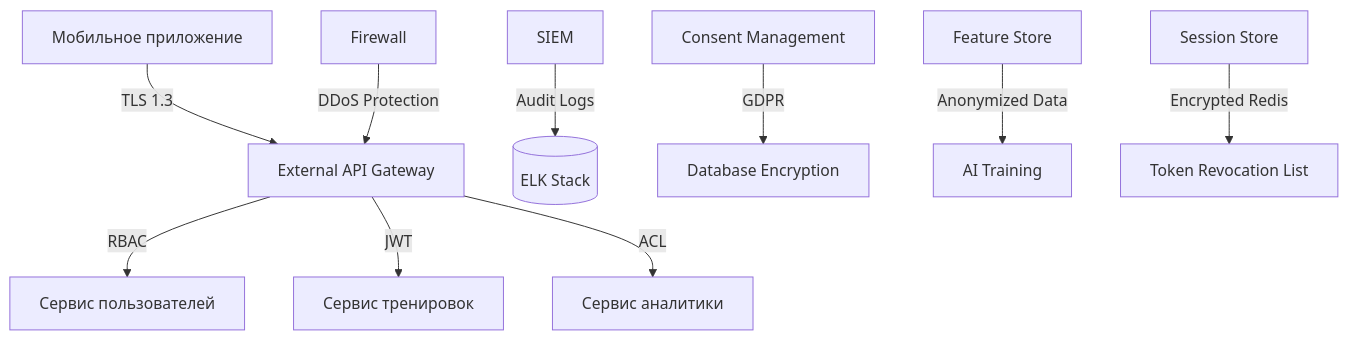
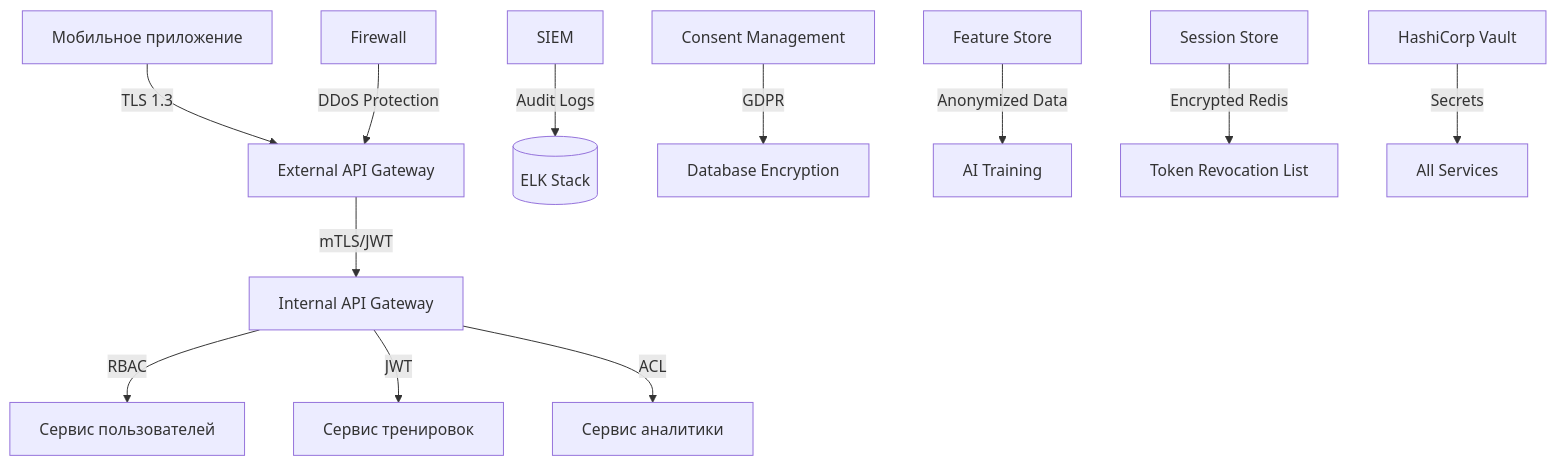
One commit to andreyantropov/architect-coursework changed the diagram in architecture/basic-presentations/security.md. Above: the diagram before and after it, drawn with Mermaid. The commit also changed other lines of this file and 8 other files, not shown here.

Commit message:
refactor: Исправлены ошибки/опечатки в схемах, поправлен стиль документов.

````diff
--- a/architecture/basic-presentations/security.md
+++ b/architecture/basic-presentations/security.md
@@ -3,13 +3,15 @@
 ```mermaid
 graph TD
     A[Мобильное приложение] -->|TLS 1.3| B[External API Gateway]
-    B -->|RBAC| D[Сервис пользователей]
-    B -->|JWT| E[Сервис тренировок]
-    B -->|ACL| F[Сервис аналитики]
+    B -->|mTLS/JWT| D[Internal API Gateway]
+    D -->|RBAC| E[Сервис пользователей]
+    D -->|JWT| F[Сервис тренировок]
+    D -->|ACL| G[Сервис аналитики]
 
-    G[SIEM] -->|Audit Logs| H[(ELK Stack)]
-    I[Firewall] -->|DDoS Protection| B
-    J[Consent Management] -->|GDPR| K[Database Encryption]
-    L[Feature Store] -->|Anonymized Data| M[AI Training]
-    N[Session Store] -->|Encrypted Redis| O[Token Revocation List]
+    H[SIEM] -->|Audit Logs| I[(ELK Stack)]
+    J[Firewall] -->|DDoS Protection| B
+    K[Consent Management] -->|GDPR| L[Database Encryption]
+    M[Feature Store] -->|Anonymized Data| N[AI Training]
+    O[Session Store] -->|Encrypted Redis| P[Token Revocation List]
+    Q[HashiCorp Vault] -->|Secrets| R[All Services]
 ```
````
